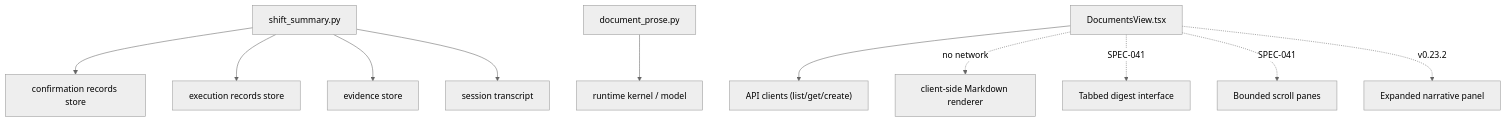
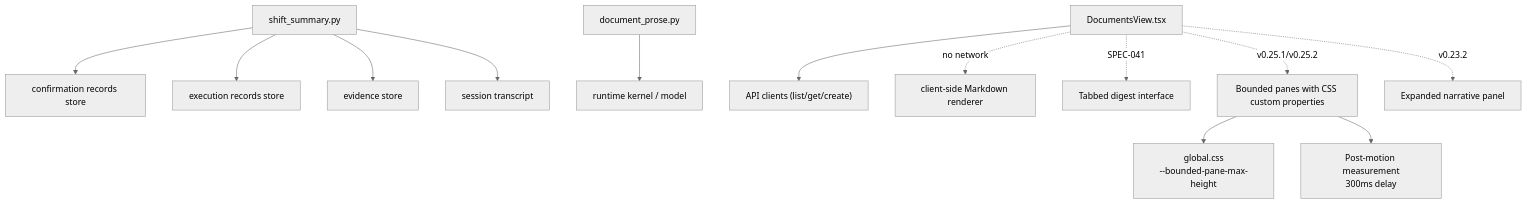
The tenth of 10 diagrams in .qoder/repowiki/en/content/Architecture Documentation/SPEC-040_ Shift-Summary Handover Narrative and Export.md (metasync/luban-aiops), drawn with Mermaid (neutral theme) before and after one commit. The commit also changed other lines of this file and 11 other files, not shown here.

````diff
--- a/.qoder/repowiki/en/content/Architecture Documentation/SPEC-040_ Shift-Summary Handover Narrative and Export.md
+++ b/.qoder/repowiki/en/content/Architecture Documentation/SPEC-040_ Shift-Summary Handover Narrative and Export.md
@@ -354,13 +397,15 @@
 ```mermaid
 graph TB
 SS["shift_summary.py"] --> CS["confirmation records store"]
 SS --> ES["execution records store"]
 SS --> ESTORE["evidence store"]
 SS --> T["session transcript"]
 DP["document_prose.py"] --> K["runtime kernel / model"]
 PV["DocumentsView.tsx"] --> API["API clients (list/get/create)"]
 PV -.->|no network| MD["client-side Markdown renderer"]
 PV -.->|SPEC-041| TABS["Tabbed digest interface"]
-PV -.->|SPEC-041| SCROLL["Bounded scroll panes"]
+PV -.->|v0.25.1/v0.25.2| BOUNDED["Bounded panes with CSS custom properties"]
 PV -.->|v0.23.2| EXPANDED["Expanded narrative panel"]
+BOUNDED --> CSS["global.css<br/>--bounded-pane-max-height"]
+BOUNDED --> MEASURE["Post-motion measurement<br/>300ms delay"]
 ```
````
